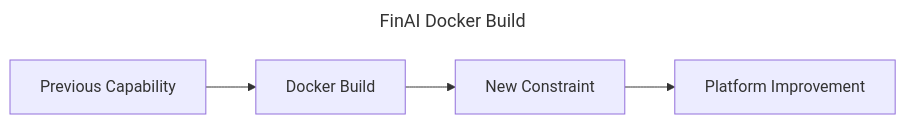
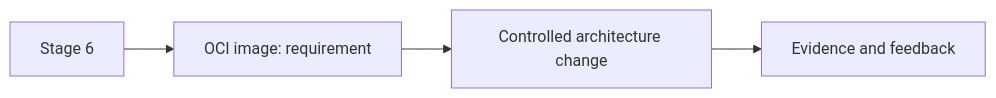
The seventh of 30 diagrams in docs/journey/index.md (m1mohamad/devops-sre-prep), drawn with Mermaid before and after one commit. The commit also changed other lines of this file and 100 other files, not shown here.

````diff
--- a/docs/journey/index.md
+++ b/docs/journey/index.md
@@ -81,7 +142,6 @@
 ```mermaid
----
-title: FinAI Docker Build
----
 flowchart LR
-  A[Previous Capability] --> B[Docker Build] --> C[New Constraint] --> D[Platform Improvement]
+  S7[Stage 6] --> R7[OCI image: requirement]
+  R7 --> C7[Controlled architecture change]
+  C7 --> E7[Evidence and feedback]
 ```
````
